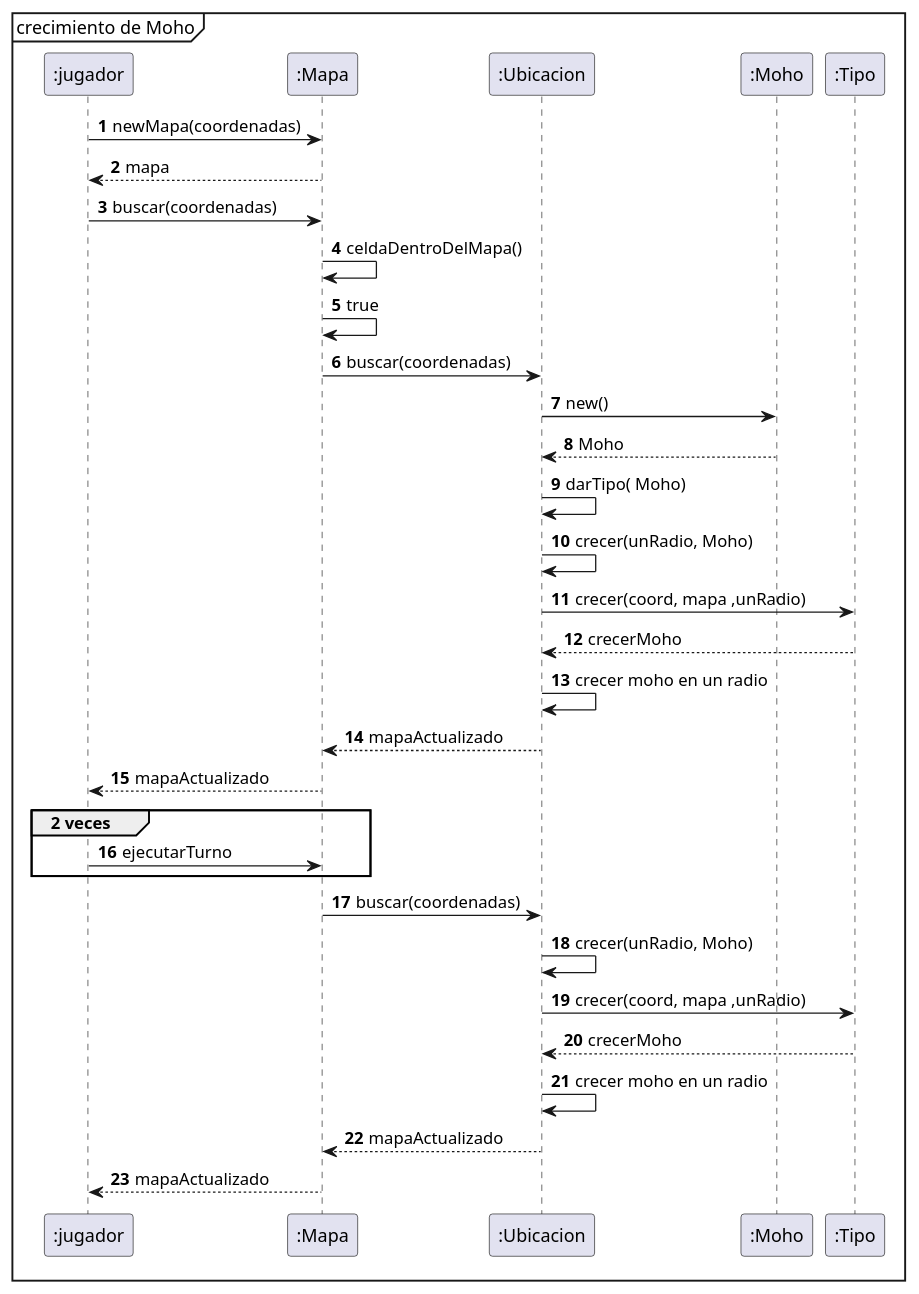
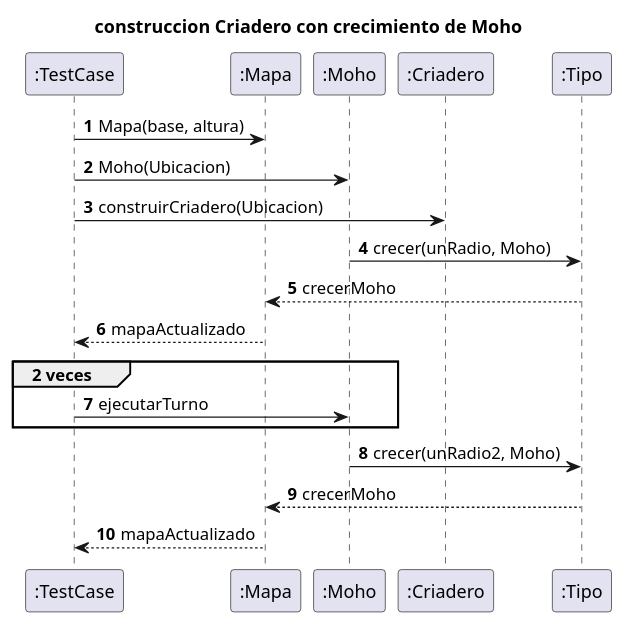
One commit to nicolasgirardi/algo3_TP2_AlgoStar changed the diagram in diagrams/sequences/CasoDeUso6.puml. Above: the diagram before and after it, drawn with PlantUML. The commit also changed 2 other files, not shown here.

Commit message:
corrijo diagramas de secuencia y agrego 1 mas

```diff
--- a/diagrams/sequences/CasoDeUso6.puml
+++ b/diagrams/sequences/CasoDeUso6.puml
@@ -1,36 +1,26 @@
 @startuml
 'https://plantuml.com/sequence-diagram
-mainframe crecimiento de Moho
+title construccion Criadero con crecimiento de Moho
 autonumber
-":jugador" -> ":Mapa": newMapa(coordenadas)
-":Mapa" --> ":jugador": mapa
+":TestCase" -> ":Mapa": Mapa(base, altura)
+":TestCase" -> ":Moho": Moho(Ubicacion)
+":TestCase" -> ":Criadero": construirCriadero(Ubicacion)
 
-":jugador" -> ":Mapa": buscar(coordenadas)
-":Mapa" -> ":Mapa": celdaDentroDelMapa()
-":Mapa" -> ":Mapa": true
 
-":Mapa" -> ":Ubicacion": buscar(coordenadas)
-":Ubicacion" -> ":Moho": new()
-":Moho" --> ":Ubicacion": Moho
-":Ubicacion" -> ":Ubicacion": darTipo( Moho)
-":Ubicacion" -> ":Ubicacion": crecer(unRadio, Moho)
-":Ubicacion" -> ":Tipo": crecer(coord, mapa ,unRadio)
-":Tipo" --> ":Ubicacion": crecerMoho
-":Ubicacion" -> ":Ubicacion": crecer moho en un radio
-":Ubicacion" --> ":Mapa": mapaActualizado
-":Mapa" --> ":jugador": mapaActualizado
+
+":Moho" -> ":Tipo": crecer(unRadio, Moho)
+
+":Tipo" --> ":Mapa": crecerMoho
+
+":Mapa" --> ":TestCase": mapaActualizado
 group 2 veces
-      ":jugador" -> ":Mapa": ejecutarTurno
+      ":TestCase" -> ":Moho": ejecutarTurno
 end
-":Mapa" -> ":Ubicacion": buscar(coordenadas)
-":Ubicacion" -> ":Ubicacion": crecer(unRadio, Moho)
-":Ubicacion" -> ":Tipo": crecer(coord, mapa ,unRadio)
-":Tipo" --> ":Ubicacion": crecerMoho
-":Ubicacion" -> ":Ubicacion": crecer moho en un radio
-":Ubicacion" --> ":Mapa": mapaActualizado
-":Mapa" --> ":jugador": mapaActualizado
+":Moho" -> ":Tipo": crecer(unRadio2, Moho)
+":Tipo" --> ":Mapa": crecerMoho
+":Mapa" --> ":TestCase": mapaActualizado
 
 
 
 
 @enduml
```
